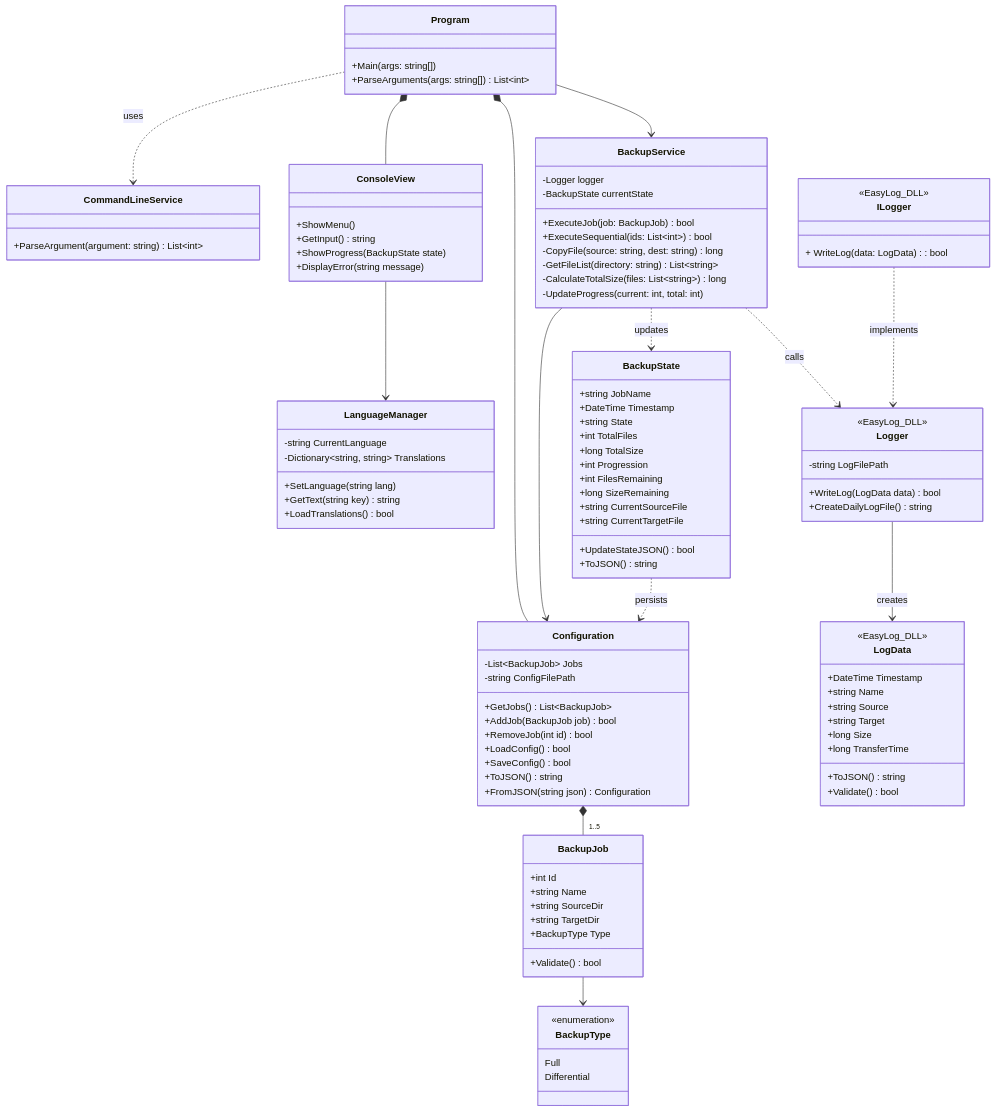
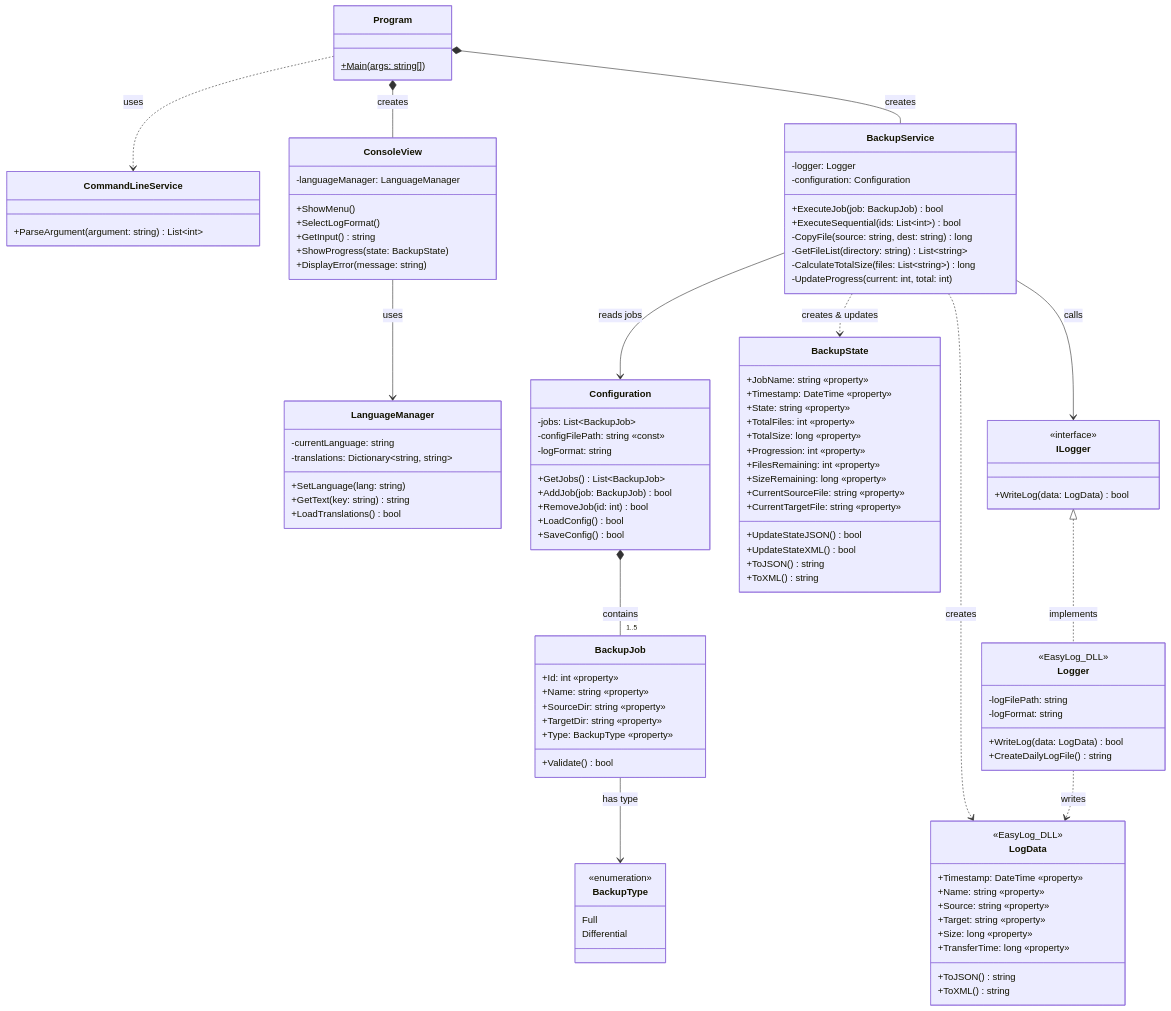
The second of 8 diagrams in Diagrams/UML.md (Groupe1-Prosoft/EasySave), drawn with Mermaid before and after one commit. The commit also changed other lines of this file, not shown here.

First line of the commit message:
Refactor UML diagrams for EasySave 1.0

````diff
--- a/Diagrams/UML.md
+++ b/Diagrams/UML.md
@@ -55,47 +56,45 @@
 ```mermaid
 classDiagram
 
-    
     class Program {
-        +Main(args: string[])
-        +ParseArguments(args: string[]) List~int~
+        +Main(args: string[])$
     }
+
     class CommandLineService {
-    +ParseArgument(argument: string) List~int~
+        +ParseArgument(argument: string) List~int~
     }
 
     class ConsoleView {
+        -languageManager: LanguageManager
         +ShowMenu()
+        +SelectLogFormat() 
         +GetInput() string
-        +ShowProgress(BackupState state)
-        +DisplayError(string message)
+        +ShowProgress(state: BackupState)
+        +DisplayError(message: string)
     }
-    
+
     class LanguageManager {
-        -string CurrentLanguage
-        -Dictionary~string, string~ Translations
-        +SetLanguage(string lang)
-        +GetText(string key) string
+        -currentLanguage: string
+        -translations: Dictionary~string, string~
+        +SetLanguage(lang: string)
+        +GetText(key: string) string
         +LoadTranslations() bool
     }
-    
 
-    
     class Configuration {
-        -List~BackupJob~ Jobs
-        -string ConfigFilePath
+        -jobs: List~BackupJob~
+        -configFilePath: string «const»
+        -logFormat: string
         +GetJobs() List~BackupJob~
-        +AddJob(BackupJob job) bool
-        +RemoveJob(int id) bool
+        +AddJob(job: BackupJob) bool
+        +RemoveJob(id: int) bool
         +LoadConfig() bool
         +SaveConfig() bool
-        +ToJSON() string
-        +FromJSON(string json) Configuration
     }
-    
+
     class BackupService {
-        -Logger logger
-        -BackupState currentState
+        -logger: Logger
+        -configuration: Configuration
         +ExecuteJob(job: BackupJob) bool
         +ExecuteSequential(ids: List~int~) bool
         -CopyFile(source: string, dest: string) long
@@ -103,81 +102,79 @@
         -CalculateTotalSize(files: List~string~) long
         -UpdateProgress(current: int, total: int)
     }
-    
+
     class BackupState {
-        +string JobName
-        +DateTime Timestamp
-        +string State
-        +int TotalFiles
-        +long TotalSize
-        +int Progression
-        +int FilesRemaining
-        +long SizeRemaining
-        +string CurrentSourceFile
-        +string CurrentTargetFile
+        +JobName: string «property»
+        +Timestamp: DateTime «property»
+        +State: string «property»
+        +TotalFiles: int «property»
+        +TotalSize: long «property»
+        +Progression: int «property»
+        +FilesRemaining: int «property»
+        +SizeRemaining: long «property»
+        +CurrentSourceFile: string «property»
+        +CurrentTargetFile: string «property»
         +UpdateStateJSON() bool
+        +UpdateStateXML() bool
         +ToJSON() string
+        +ToXML() string
     }
-    
 
-    
     class BackupJob {
-        +int Id
-        +string Name
-        +string SourceDir
-        +string TargetDir
-        +BackupType Type
+        +Id: int «property»
+        +Name: string «property»
+        +SourceDir: string «property»
+        +TargetDir: string «property»
+        +Type: BackupType «property»
         +Validate() bool
     }
-    
+
     class BackupType {
         <<enumeration>>
         Full
         Differential
     }
-    
 
     class ILogger {
+        <<interface>>
         <<EasyLog_DLL>>
-        + WriteLog(data: LogData): bool
+        +WriteLog(data: LogData) bool
     }
 
     class Logger {
         <<EasyLog_DLL>>
-        -string LogFilePath
-        +WriteLog(LogData data) bool
+        -logFilePath: string
+        -logFormat: string
+        +WriteLog(data: LogData) bool
         +CreateDailyLogFile() string
+        
     }
-    
+
     class LogData {
         <<EasyLog_DLL>>
-        +DateTime Timestamp
-        +string Name
-        +string Source
-        +string Target
-        +long Size
-        +long TransferTime
+        +Timestamp: DateTime «property»
+        +Name: string «property»
+        +Source: string «property»
+        +Target: string «property»
+        +Size: long «property»
+        +TransferTime: long «property»
         +ToJSON() string
-        +Validate() bool
+        +ToXML() string 
     }
-    
 
+    Program *-- ConsoleView : creates
+    Program *-- BackupService : creates
+    Program ..> CommandLineService : uses
+    ConsoleView --> LanguageManager : uses
 
-    Program *-- ConsoleView
-    Program *-- Configuration
-    Program --> BackupService
-    Program ..> CommandLineService : uses
-    ConsoleView --> LanguageManager
-    
-    
-    BackupService --> Configuration
-    BackupService ..> BackupState : updates
-    BackupService ..> Logger : calls
-    Configuration *-- "1..5" BackupJob
-    
-    
-    BackupJob --> BackupType
-    BackupState ..> Configuration : persists
-    ILogger ..> Logger : implements
-    Logger --> LogData : creates
+    BackupService --> Configuration : reads jobs
+    BackupService ..> BackupState : creates & updates
+    BackupService ..> LogData : creates
+    BackupService --> ILogger : calls
+
+    Configuration *-- "1..5" BackupJob : contains
+    BackupJob --> BackupType : has type
+
+    ILogger <|.. Logger : implements
+    Logger ..> LogData : writes 
 ```
````
